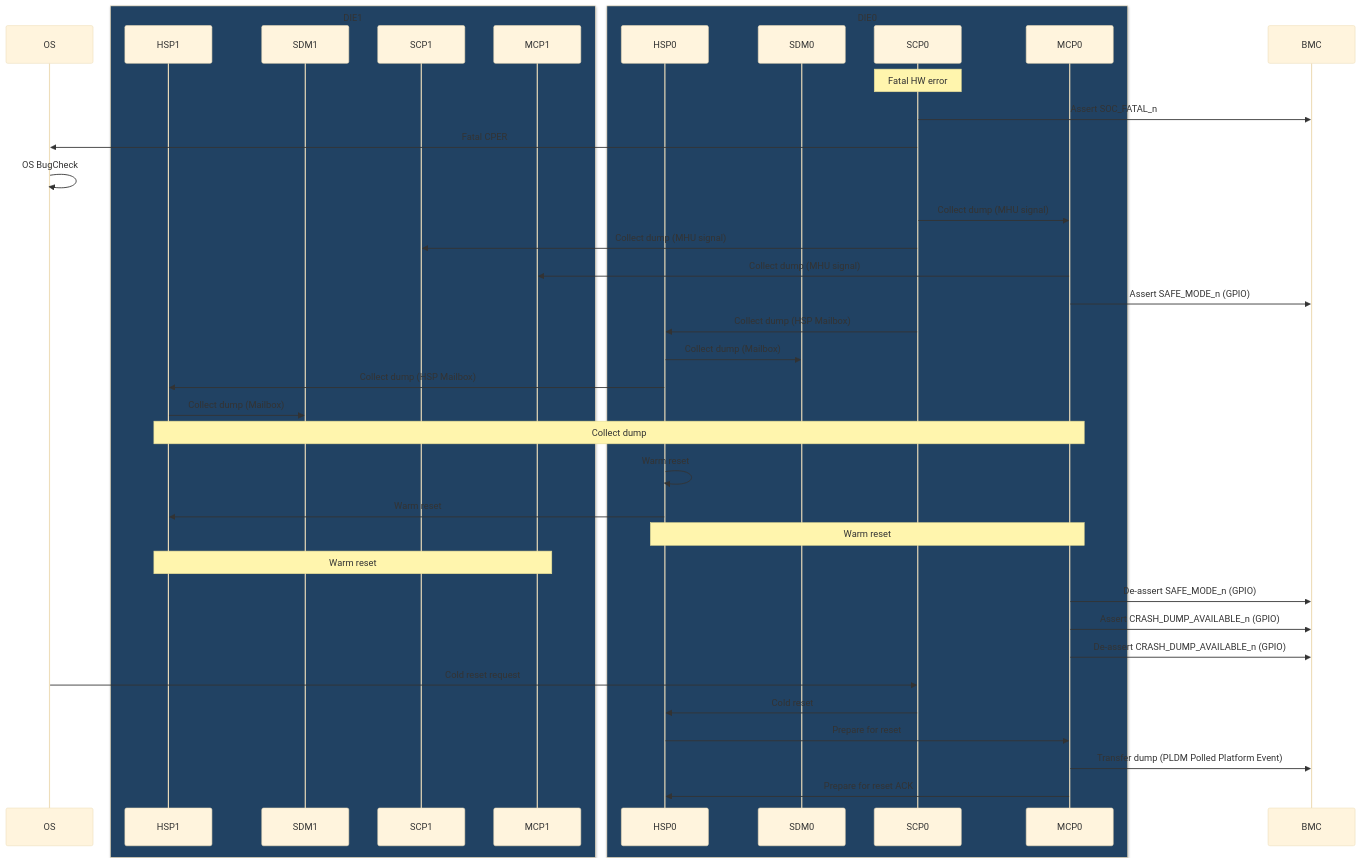
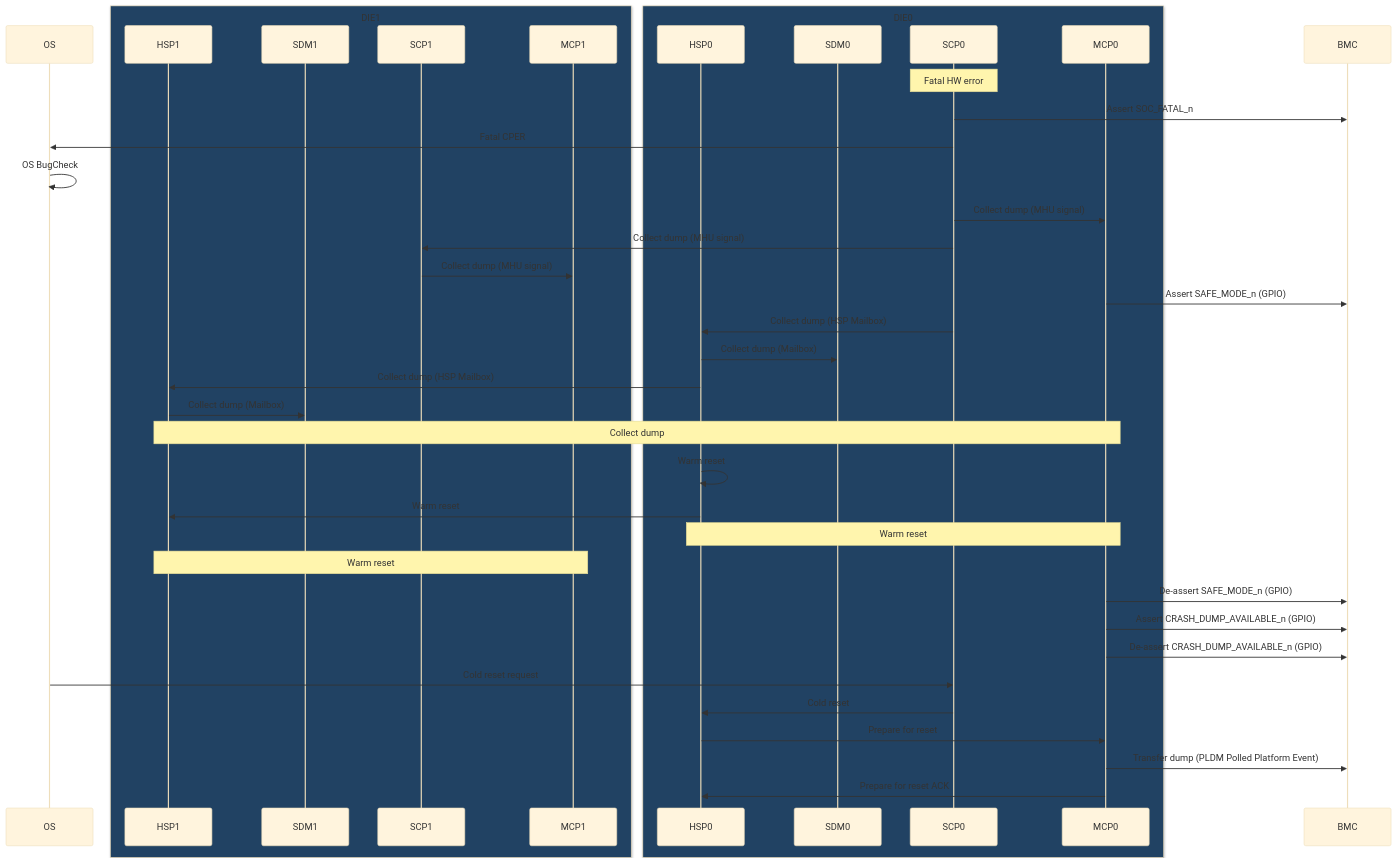
Before and after one commit to jivahire-com/cpp-thread-safe-cache: the third of 5 diagrams in docs/development/FirmwareDesign/CrashDump.md, drawn with Mermaid (base theme). The commit also changed other lines of this file and 30 other files, not shown here.

First line of the commit message:
Merged PR 106519: Refactor crashdump to have both mini and full dump for SCP post boot.

````diff
--- a/docs/development/FirmwareDesign/CrashDump.md
+++ b/docs/development/FirmwareDesign/CrashDump.md
@@ -466,47 +468,47 @@
 ```mermaid
 sequenceDiagram
 participant OS
 box rgb(33,66,99) DIE1
     participant HSP1
     participant SDM1
     participant SCP1
     participant MCP1
 end
 box rgb(33,66,99) DIE0
     participant HSP0
     participant SDM0
     participant SCP0
     participant MCP0
 end
     participant BMC
 
     Note over SCP0: Fatal HW error
     SCP0->>BMC: Assert SOC_FATAL_n
     SCP0->>OS: Fatal CPER
     OS->>OS: OS BugCheck
     SCP0->>MCP0: Collect dump (MHU signal)
     SCP0->>SCP1: Collect dump (MHU signal)
-    MCP0->>MCP1: Collect dump (MHU signal)
+    SCP1->>MCP1: Collect dump (MHU signal)
     MCP0->>BMC: Assert SAFE_MODE_n (GPIO)
     SCP0->>HSP0: Collect dump (HSP Mailbox)
     HSP0->>SDM0: Collect dump (Mailbox)
     HSP0->>HSP1: Collect dump (HSP Mailbox)
     HSP1->>SDM1: Collect dump (Mailbox)
     Note over HSP1, MCP0: Collect dump
 
     HSP0->>HSP0: Warm reset
     HSP0->>HSP1: Warm reset
     Note over HSP0, MCP0: Warm reset
     Note over HSP1, MCP1: Warm reset
 
     MCP0->>BMC: De-assert SAFE_MODE_n (GPIO)
     MCP0->>BMC: Assert CRASH_DUMP_AVAILABLE_n (GPIO)
     MCP0->>BMC: De-assert CRASH_DUMP_AVAILABLE_n (GPIO)
 
     OS->>SCP0: Cold reset request
     SCP0->>HSP0: Cold reset
     HSP0->>MCP0: Prepare for reset
     MCP0->>BMC: Transfer dump (PLDM Polled Platform Event)
     MCP0->>HSP0: Prepare for reset ACK
 
 ```
````
